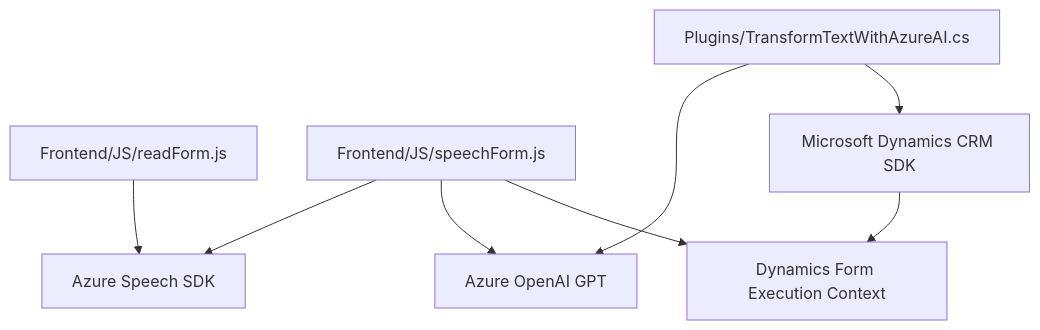
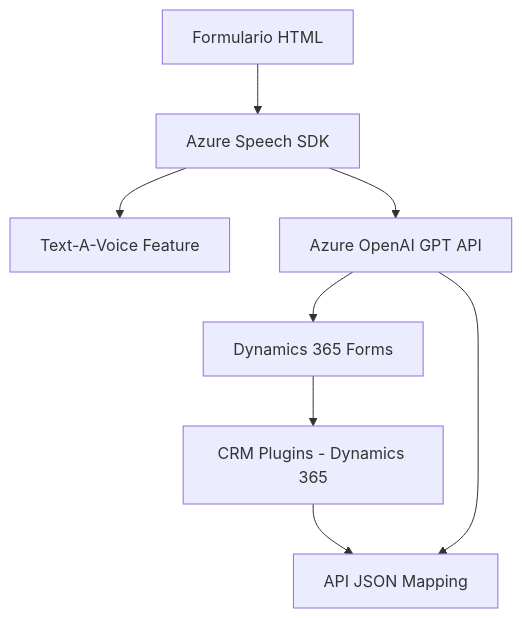
Before and after one commit to blopezdm/NETCORE_BILBAO2025: the diagram in README.md, drawn with Mermaid. The commit also changed other lines of this file, not shown here.

````diff
--- a/README.md
+++ b/README.md
@@ -26,17 +42,19 @@
 ```mermaid
 graph TD
-    A["Frontend/JS/readForm.js"]
-    B["Frontend/JS/speechForm.js"]
-    C["Plugins/TransformTextWithAzureAI.cs"]
-    D["Azure Speech SDK"]
-    E["Azure OpenAI GPT"]
-    F["Microsoft Dynamics CRM SDK"]
-    G["Dynamics Form Execution Context"]
-    A --> D
-    B --> D
-    B --> E
-    B --> G
-    C --> E
-    C --> F
-    F --> G
+
+A[Formulario HTML]
+B[Azure Speech SDK]
+C[Text-A-Voice Feature]
+D[Azure OpenAI GPT API]
+E[CRM Plugins - Dynamics 365]
+F[Dynamics 365 Forms]
+G[API JSON Mapping]
+
+A --> B
+B --> C
+B --> D
+D --> F
+F --> E
+E --> G
+D --> G
 ```
````
